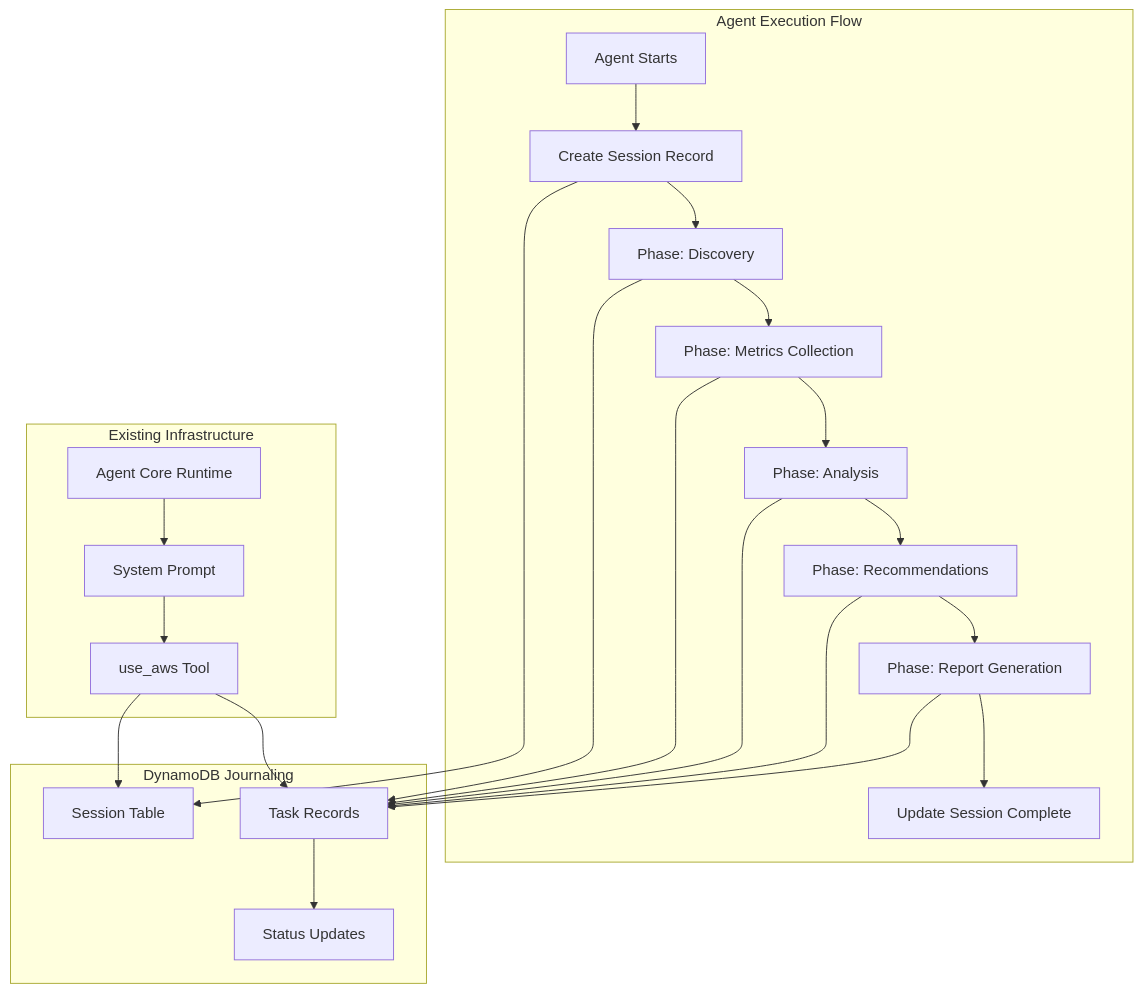
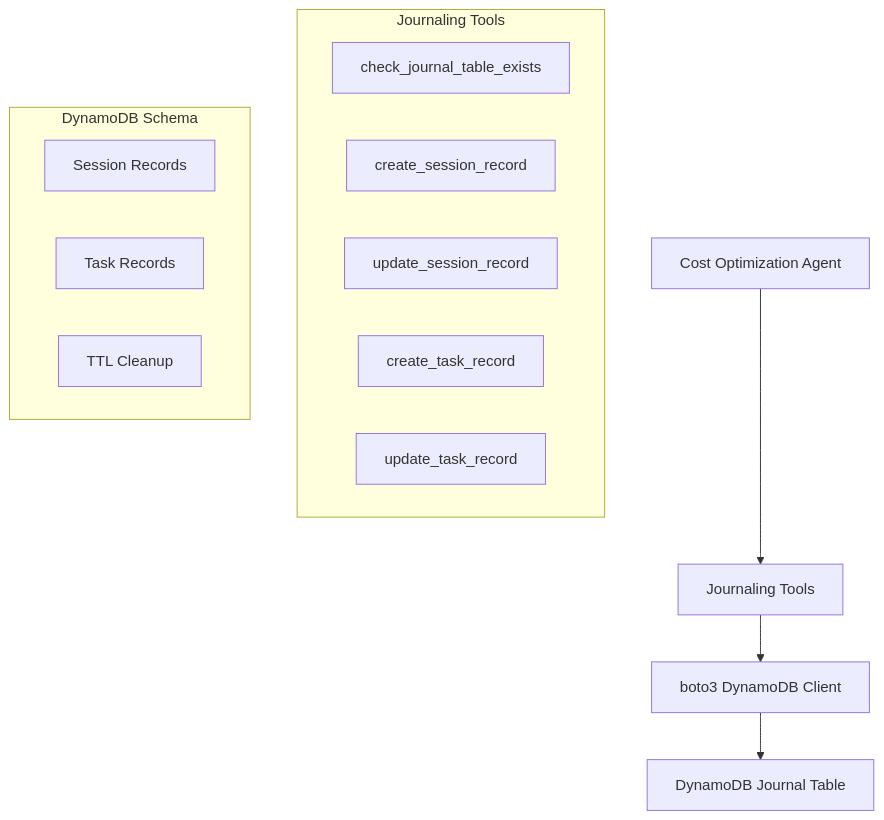
The diagram in .kiro/specs/agent-dynamodb-journaling/design.md (aws-samples/sample-agentic-cost-optimizer), drawn with Mermaid before and after one commit. The commit also changed other lines of this file and 2 other files, not shown here.

````diff
--- a/.kiro/specs/agent-dynamodb-journaling/design.md
+++ b/.kiro/specs/agent-dynamodb-journaling/design.md
@@ -9,37 +21,20 @@
 ```mermaid
 graph TB
-    subgraph "Agent Execution Flow"
-        A[Agent Starts] --> B[Create Session Record]
-        B --> C[Phase: Discovery]
-        C --> D[Phase: Metrics Collection]
-        D --> E[Phase: Analysis]
-        E --> F[Phase: Recommendations]
-        F --> G[Phase: Report Generation]
-        G --> H[Update Session Complete]
+    A[Cost Optimization Agent] --> B[Journaling Tools]
+    B --> C[boto3 DynamoDB Client]
+    C --> D[DynamoDB Journal Table]
+    
+    subgraph "Journaling Tools"
+        E[check_journal_table_exists]
+        F[create_session_record]
+        G[update_session_record]
+        H[create_task_record]
+        I[update_task_record]
     end
     
-    subgraph "DynamoDB Journaling"
-        I[Session Table]
-        J[Task Records]
-        K[Status Updates]
+    subgraph "DynamoDB Schema"
+        J[Session Records]
+        K[Task Records]
+        L[TTL Cleanup]
     end
-    
-    subgraph "Existing Infrastructure"
-        L[use_aws Tool]
-        M[Agent Core Runtime]
-        N[System Prompt]
-    end
-    
-    B --> I
-    C --> J
-    D --> J
-    E --> J
-    F --> J
-    G --> J
-    J --> K
-    
-    L --> I
-    L --> J
-    N --> L
-    M --> N
 ```
````
